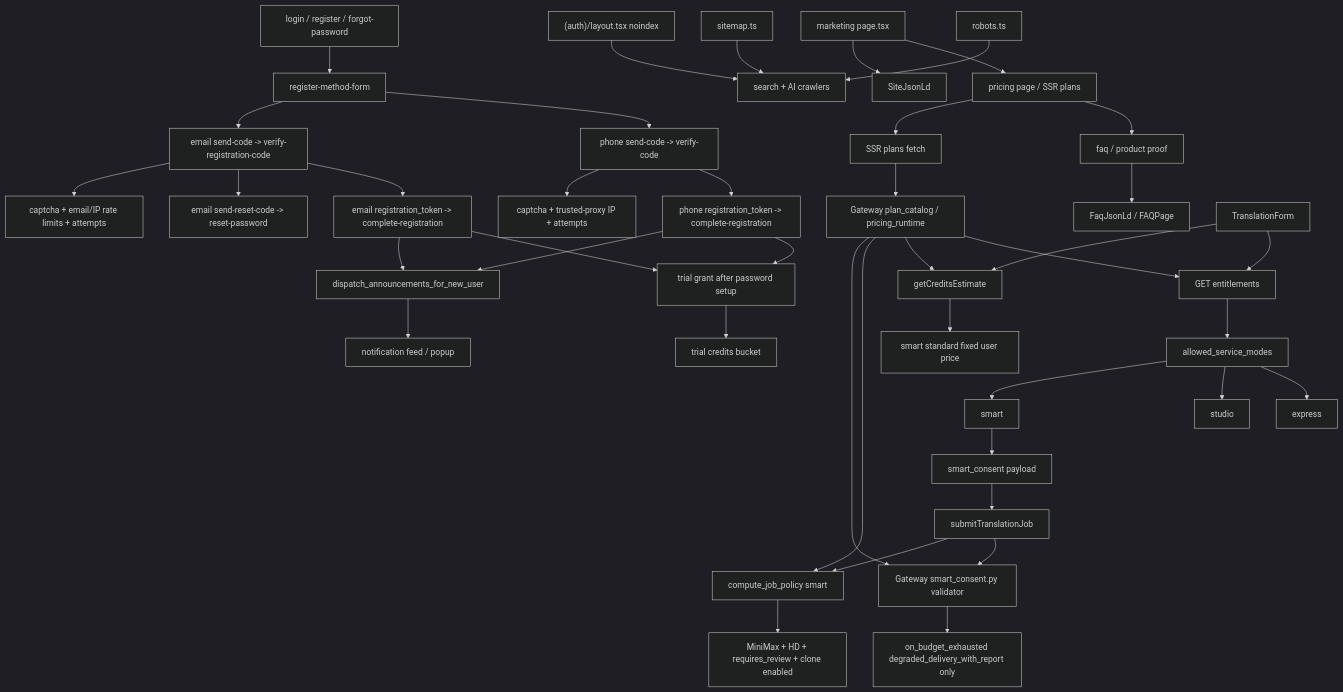
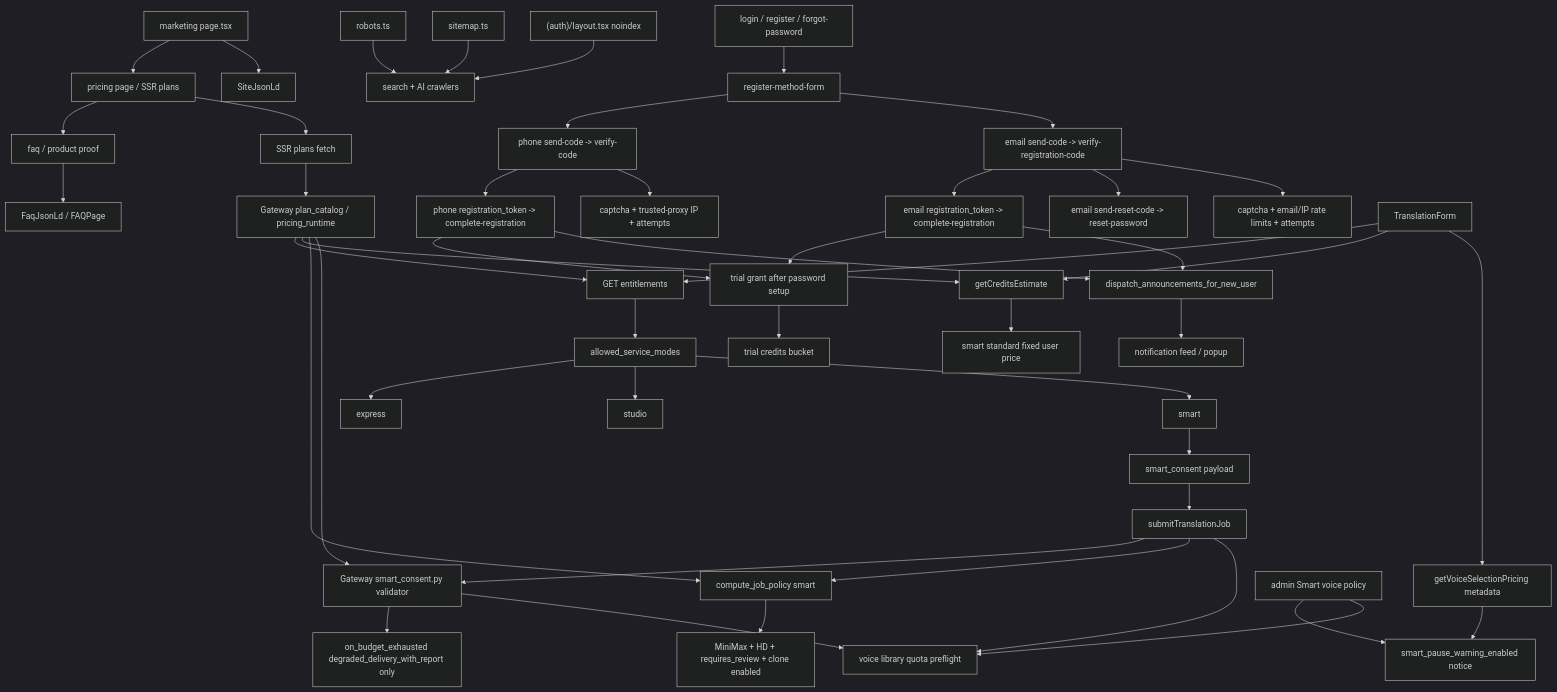
Before and after one commit to sun9bear/AITransVideo: the diagram in docs/graphs/GITNEXUS_COMMERCIALIZATION_GRAPH.md, drawn with Mermaid (dark theme). The commit also changed other lines of this file and 8 other files, not shown here.

Commit message:
docs: refresh GitNexus project graphs

````diff
--- a/docs/graphs/GITNEXUS_COMMERCIALIZATION_GRAPH.md
+++ b/docs/graphs/GITNEXUS_COMMERCIALIZATION_GRAPH.md
@@ -21,52 +22,58 @@
 ```mermaid
 graph TD
     Home["marketing page.tsx"] --> Pricing["pricing page / SSR plans"]
     Pricing --> FAQ["faq / product proof"]
     FAQ --> FaqLd["FaqJsonLd / FAQPage"]
     Home --> SiteLd["SiteJsonLd"]
 
     Robots["robots.ts"] --> Crawlers["search + AI crawlers"]
     Sitemap["sitemap.ts"] --> Crawlers
     AuthNoindex["(auth)/layout.tsx noindex"] --> Crawlers
 
     Pricing --> PlansSSR["SSR plans fetch"]
     PlansSSR --> GatewayPlans["Gateway plan_catalog / pricing_runtime"]
 
     AuthPages["login / register / forgot-password"] --> Method["register-method-form"]
     Method --> PhoneFlow["phone send-code -> verify-code"]
     Method --> EmailFlow["email send-code -> verify-registration-code"]
 
     PhoneFlow --> PhoneComplete["phone registration_token -> complete-registration"]
     EmailFlow --> EmailComplete["email registration_token -> complete-registration"]
     EmailFlow --> EmailReset["email send-reset-code -> reset-password"]
 
     PhoneComplete --> TrialGrant["trial grant after password setup"]
     EmailComplete --> TrialGrant
     TrialGrant --> Credits["trial credits bucket"]
 
     PhoneFlow --> Risk["captcha + trusted-proxy IP + attempts"]
     EmailFlow --> EmailRisk["captcha + email/IP rate limits + attempts"]
 
     Workspace["TranslationForm"] --> Entitlements["GET entitlements"]
     Entitlements --> AllowedModes["allowed_service_modes"]
     AllowedModes --> Express["express"]
     AllowedModes --> Studio["studio"]
     AllowedModes --> Smart["smart"]
     Workspace --> Estimate["getCreditsEstimate"]
     Estimate --> SmartPrice["smart standard fixed user price"]
+    Workspace --> SmartPricingMeta["getVoiceSelectionPricing metadata"]
+    SmartPricingMeta --> WeakMatchWarning["smart_pause_warning_enabled notice"]
     Smart --> Consent["smart_consent payload"]
     Consent --> Submit["submitTranslationJob"]
     Submit --> ConsentValidator["Gateway smart_consent.py validator"]
     Submit --> Policy["compute_job_policy smart"]
+    Submit --> VoiceQuotaPreflight["voice library quota preflight"]
     ConsentValidator --> BudgetPolicy["on_budget_exhausted degraded_delivery_with_report only"]
     Policy --> SmartLocked["MiniMax + HD + requires_review + clone enabled"]
+    AdminVoicePolicy["admin Smart voice policy"] --> WeakMatchWarning
+    AdminVoicePolicy --> VoiceQuotaPreflight
+    ConsentValidator --> VoiceQuotaPreflight
 
     GatewayPlans --> Entitlements
     GatewayPlans --> Estimate
     GatewayPlans --> Policy
     GatewayPlans --> ConsentValidator
 
     PhoneComplete --> NewUserAnn["dispatch_announcements_for_new_user"]
     EmailComplete --> NewUserAnn
     NewUserAnn --> UserNotif["notification feed / popup"]
 ```
````
